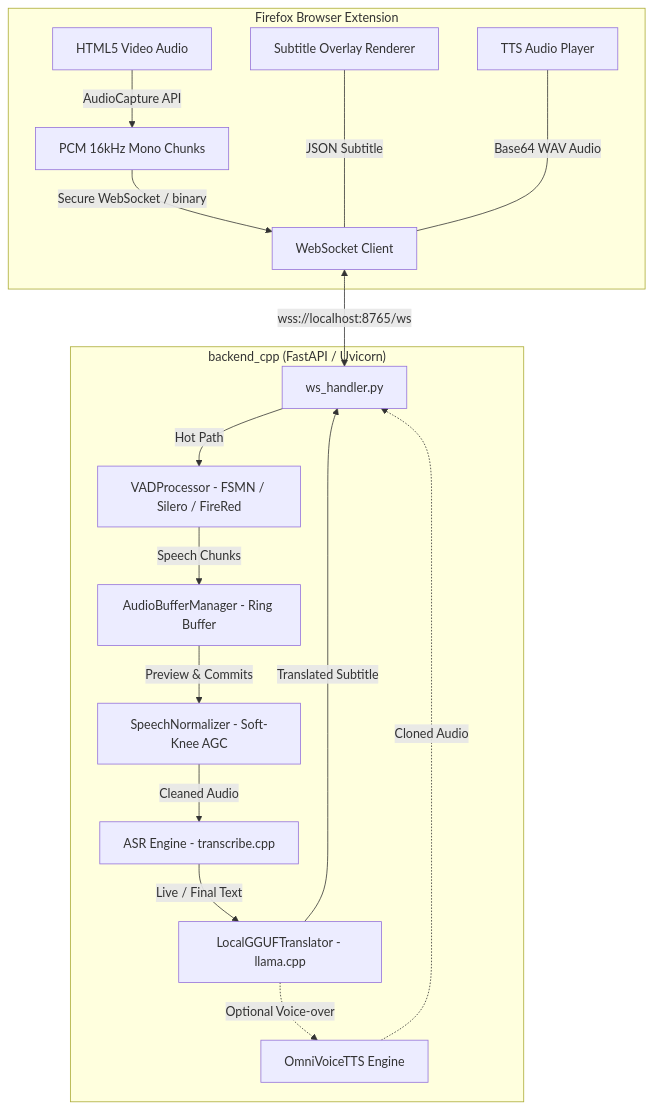
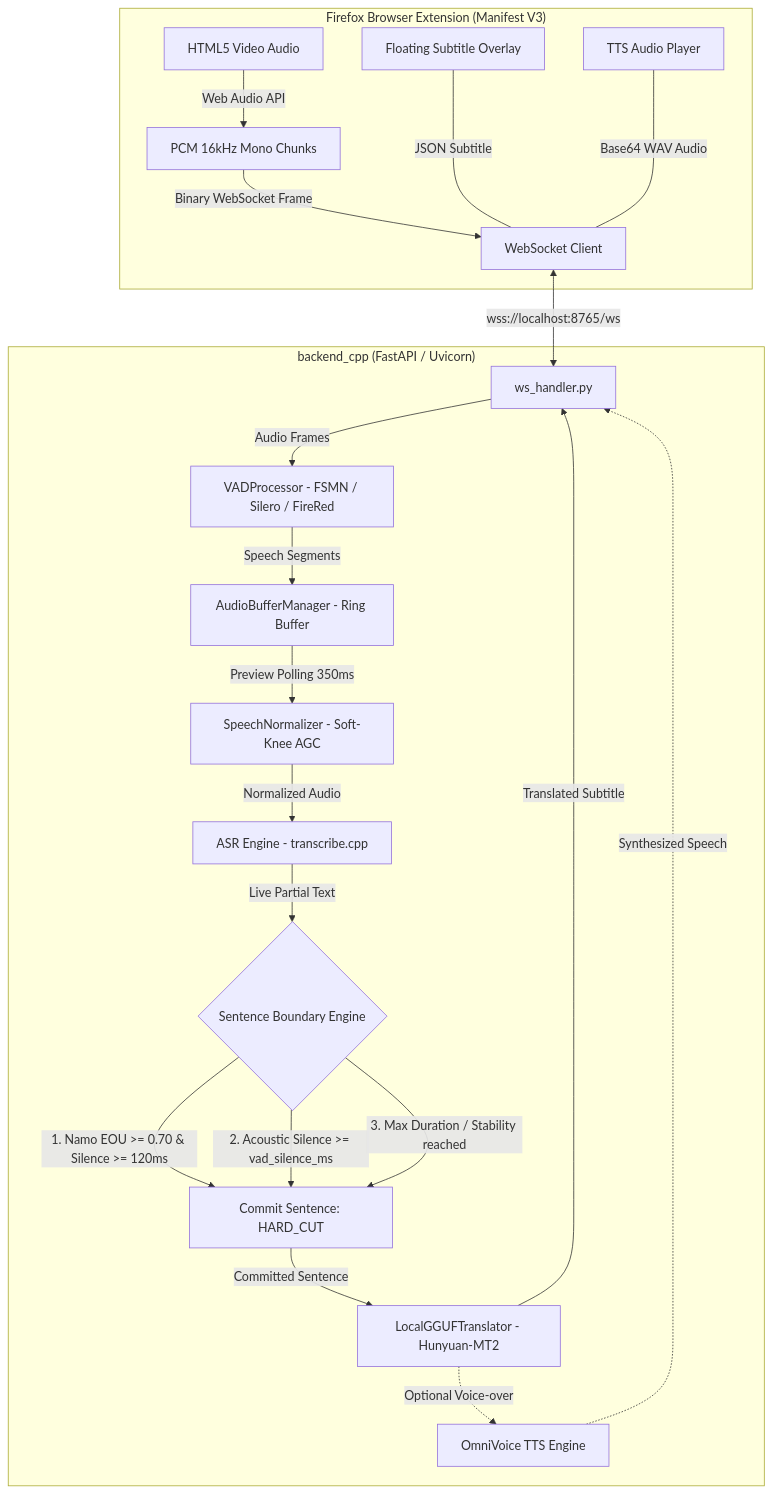
One commit to khachuy279/vibe-translation-addon-audio_cpp changed the diagram in README.md. Above: the diagram before and after it, drawn with Mermaid. The commit also changed other lines of this file and 130 other files, not shown here.

Commit message:
feat(pipeline): integrate Namo Turn Detector v1, multi-model ASR, mandatory VAD, and harden concurrency architecture

````diff
--- a/README.md
+++ b/README.md
@@ -30,21 +37,27 @@
 ```mermaid
 flowchart TD
-    subgraph Browser ["Firefox Browser Extension"]
-        A[HTML5 Video Audio] -->|AudioCapture API| B[PCM 16kHz Mono Chunks]
-        B -->|Secure WebSocket / binary| C[WebSocket Client]
-        M[Subtitle Overlay Renderer] <---|JSON Subtitle| C
+    subgraph Browser ["Firefox Browser Extension (Manifest V3)"]
+        A[HTML5 Video Audio] -->|Web Audio API| B[PCM 16kHz Mono Chunks]
+        B -->|Binary WebSocket Frame| C[WebSocket Client]
+        M[Floating Subtitle Overlay] <---|JSON Subtitle| C
         N[TTS Audio Player] <---|Base64 WAV Audio| C
     end
 
     subgraph Backend ["backend_cpp (FastAPI / Uvicorn)"]
         C <-->|wss://localhost:8765/ws| D[ws_handler.py]
-        D -->|Hot Path| E[VADProcessor - FSMN / Silero / FireRed]
-        E -->|Speech Chunks| F[AudioBufferManager - Ring Buffer]
-        F -->|Preview & Commits| G[SpeechNormalizer - Soft-Knee AGC]
-        G -->|Cleaned Audio| H[ASR Engine - transcribe.cpp]
-        H -->|Live / Final Text| I[LocalGGUFTranslator - llama.cpp]
-        I -->|Translated Subtitle| D
-        I -.->|Optional Voice-over| J[OmniVoiceTTS Engine]
-        J -.->|Cloned Audio| D
+        D -->|Audio Frames| E[VADProcessor - FSMN / Silero / FireRed]
+        E -->|Speech Segments| F[AudioBufferManager - Ring Buffer]
+        F -->|Preview Polling 350ms| G[SpeechNormalizer - Soft-Knee AGC]
+        G -->|Normalized Audio| H[ASR Engine - transcribe.cpp]
+        H -->|Live Partial Text| J{Sentence Boundary Engine}
+        
+        J -- "1. Namo EOU >= 0.70 & Silence >= 120ms" --> K[Commit Sentence: NAMO_EOU]
+        J -- "2. Acoustic Silence >= vad_silence_ms" --> K[Commit Sentence: VAD_SILENCE]
+        J -- "3. Max Duration / Stability reached" --> K[Commit Sentence: HARD_CUT]
+        
+        K -->|Committed Sentence| L[LocalGGUFTranslator - Hunyuan-MT2]
+        L -->|Translated Subtitle| D
+        L -.->|Optional Voice-over| P[OmniVoice TTS Engine]
+        P -.->|Synthesized Speech| D
     end
 ```
````
